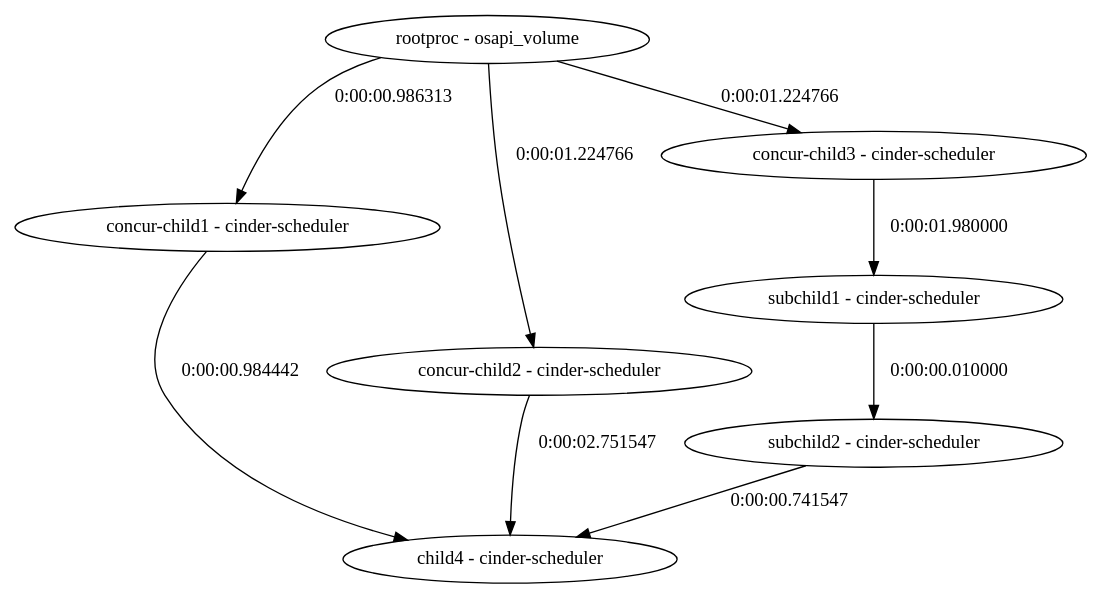
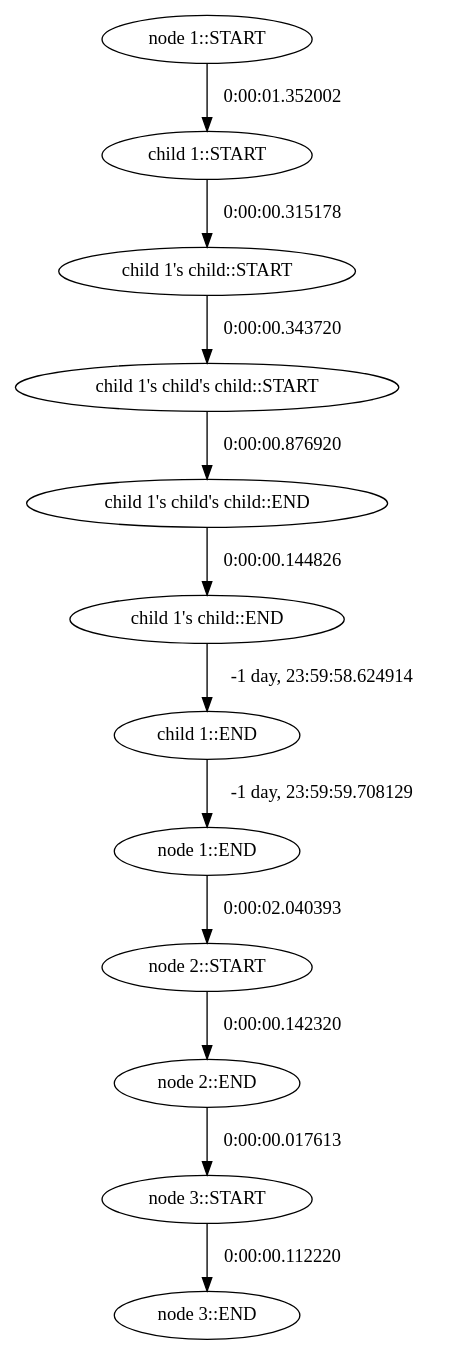
The diagram in samples/d702d7bb-c717-4c28-95b1-b05078ef0f65.dot (lkatalin/Categorization), drawn with Graphviz before and after one commit. The commit also changed 3 other files, not shown here.

```diff
--- a/samples/d702d7bb-c717-4c28-95b1-b05078ef0f65.dot
+++ b/samples/d702d7bb-c717-4c28-95b1-b05078ef0f65.dot
@@ -1,18 +1,26 @@
- # 1 R: 0.000000 usecs 
-Digraph X {
-	aroot [label="rootproc - osapi_volume"]
-	achild1 [label="concur-child1 - cinder-scheduler"]
-	achild2 [label="concur-child2 - cinder-scheduler"]
-	achild3 [label="concur-child3 - cinder-scheduler"]
-	asub1 [label="subchild1 - cinder-scheduler"]
-	asub2 [label="subchild2 - cinder-scheduler"]
-	achild4 [label="child4 - cinder-scheduler"]
-	aroot -> achild1 [label="0:00:00.986313"]
-	aroot -> achild2 [label="0:00:01.224766"]
-	aroot -> achild3 [label="0:00:01.224766"]
-	achild3 -> asub1 [label="0:00:01.980000"]
-	asub1 -> asub2 [label="0:00:00.010000"]
-	achild1 -> achild4 [label="0:00:00.984442"]
-	achild2 -> achild4 [label="0:00:02.751547"]
-	asub2 -> achild4 [label="0:00:00.741547"]
+ # 1 R: 3678 usecs 
+Digraph {
+	a499b6835d9c44979bf13cbd0da04f2b3 [label="node 1::START"]
+	aa2bb666960584f2baf2dc718e266484f [label="child 1::START"]
+	a698d3177ae9c448680d0a7024a55089c [label="child 1's child::START"]
+	a9224bef7966c4684b3524931774e7a42 [label="child 1's child's child::START"]
+	a9224bef7966c4684b3524931774e7a42_E [label="child 1's child's child::END"]
+	a698d3177ae9c448680d0a7024a55089c_E [label="child 1's child::END"]
+	aa2bb666960584f2baf2dc718e266484f_E [label="child 1::END"]
+	a499b6835d9c44979bf13cbd0da04f2b3_E [label="node 1::END"]
+	aaa48c8417e3e43dcaf6d7f8a2cef1c85 [label="node 2::START"]
+	aaa48c8417e3e43dcaf6d7f8a2cef1c85_E [label="node 2::END"]
+	a8e5d230089714845a41a6221429db35c [label="node 3::START"]
+	a8e5d230089714845a41a6221429db35c_E [label="node 3::END"]
+	a499b6835d9c44979bf13cbd0da04f2b3 -> aa2bb666960584f2baf2dc718e266484f [label="0:00:01.352002"]
+	aa2bb666960584f2baf2dc718e266484f -> a698d3177ae9c448680d0a7024a55089c [label="0:00:00.315178"]
+	a698d3177ae9c448680d0a7024a55089c -> a9224bef7966c4684b3524931774e7a42 [label="0:00:00.343720"]
+	a9224bef7966c4684b3524931774e7a42 -> a9224bef7966c4684b3524931774e7a42_E [label="0:00:00.876920"]
+	a9224bef7966c4684b3524931774e7a42_E -> a698d3177ae9c448680d0a7024a55089c_E [label="0:00:00.144826"]
+	a698d3177ae9c448680d0a7024a55089c_E -> aa2bb666960584f2baf2dc718e266484f_E [label="-1 day, 23:59:58.624914"]
+	aa2bb666960584f2baf2dc718e266484f_E -> a499b6835d9c44979bf13cbd0da04f2b3_E [label="-1 day, 23:59:59.708129"]
+	a499b6835d9c44979bf13cbd0da04f2b3_E -> aaa48c8417e3e43dcaf6d7f8a2cef1c85 [label="0:00:02.040393"]
+	aaa48c8417e3e43dcaf6d7f8a2cef1c85 -> aaa48c8417e3e43dcaf6d7f8a2cef1c85_E [label="0:00:00.142320"]
+	aaa48c8417e3e43dcaf6d7f8a2cef1c85_E -> a8e5d230089714845a41a6221429db35c [label="0:00:00.017613"]
+	a8e5d230089714845a41a6221429db35c -> a8e5d230089714845a41a6221429db35c_E [label="0:00:00.112220"]
 }
```
